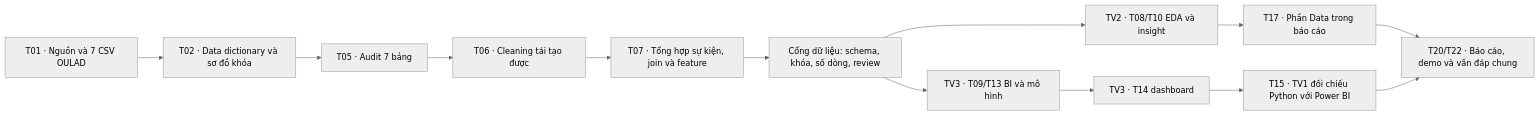
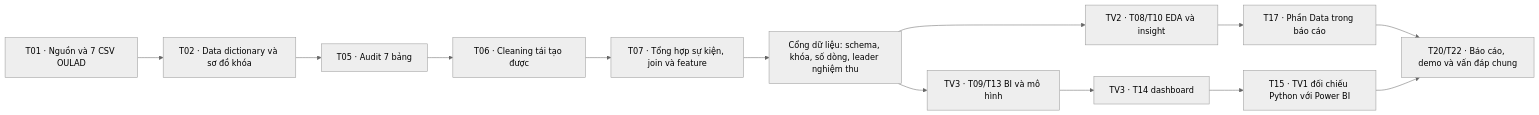
Before and after one commit to vhoanglong54/TTDLTQ_FINAL: the diagram in TV1/plan.md, drawn with Mermaid (neutral theme). The commit also changed other lines of this file and 10 other files, not shown here.

Commit message:
docs: adopt leader-led review and merge policy

````diff
--- a/TV1/plan.md
+++ b/TV1/plan.md
@@ -18,15 +18,15 @@
 ```mermaid
 flowchart LR
     A["T01 · Nguồn và 7 CSV OULAD"] --> B["T02 · Data dictionary và sơ đồ khóa"]
     B --> C["T05 · Audit 7 bảng"]
     C --> D["T06 · Cleaning tái tạo được"]
     D --> E["T07 · Tổng hợp sự kiện, join và feature"]
-    E --> F["Cổng dữ liệu: schema, khóa, số dòng, review"]
+    E --> F["Cổng dữ liệu: schema, khóa, số dòng, leader nghiệm thu"]
     F --> G["TV2 · T08/T10 EDA và insight"]
     F --> H["TV3 · T09/T13 BI và mô hình"]
     G --> I["T17 · Phần Data trong báo cáo"]
     H --> J["TV3 · T14 dashboard"]
     J --> K["T15 · TV1 đối chiếu Python với Power BI"]
     I --> L["T20/T22 · Báo cáo, demo và vấn đáp chung"]
     K --> L
 ```
````
